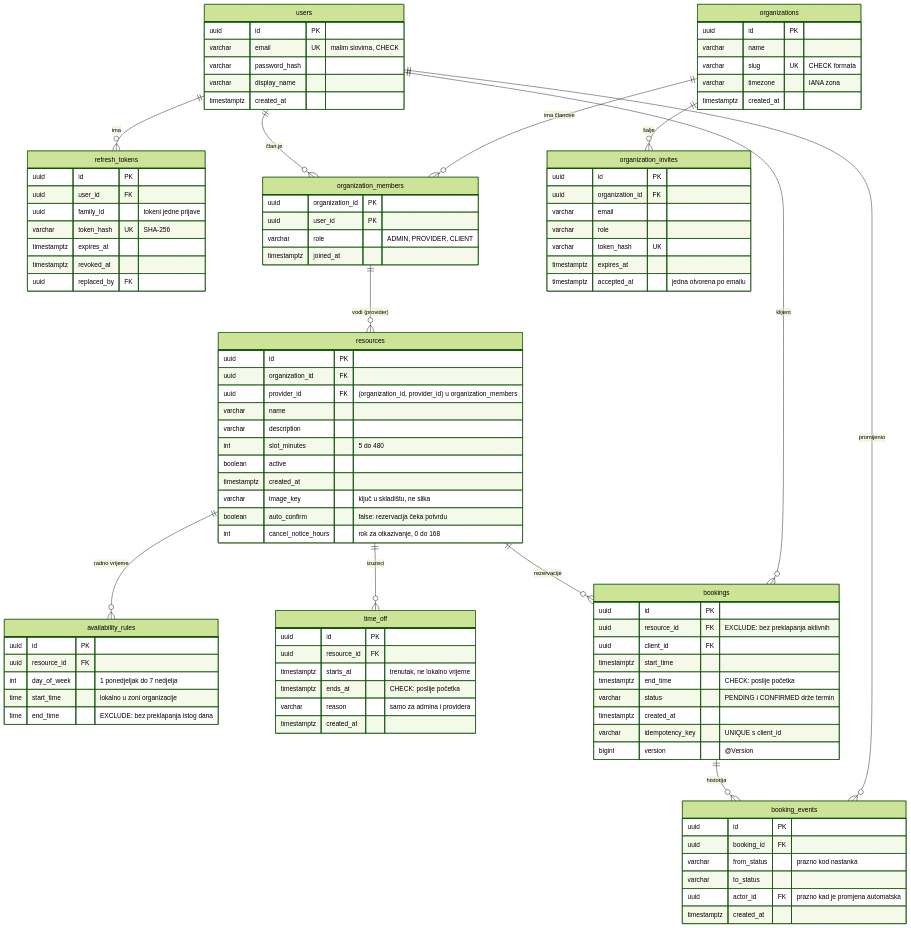
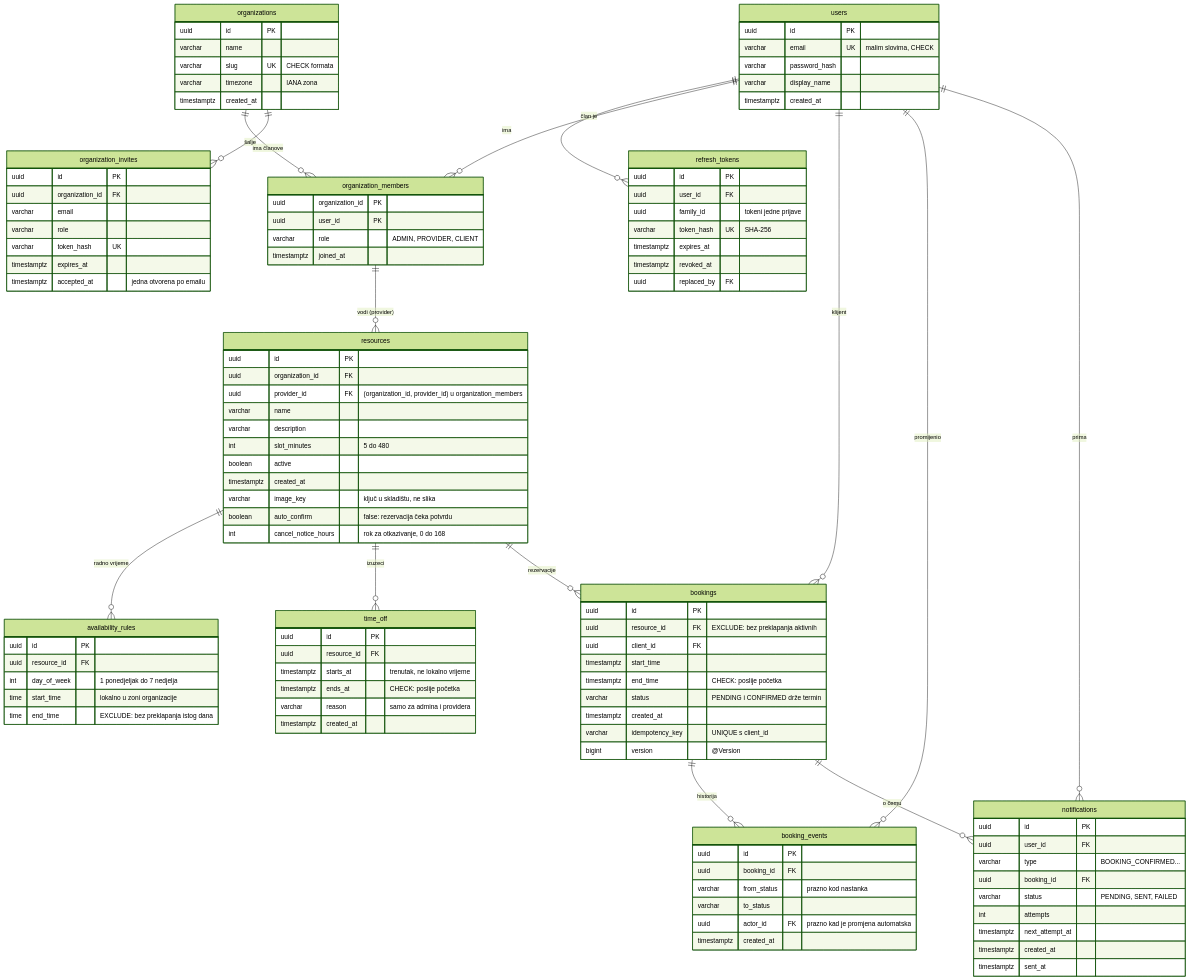
The third of 3 diagrams in docs/ARHITEKTURA.md (eminahbabovich/SlotBook), drawn with Mermaid (forest theme) before and after one commit. The commit also changed other lines of this file and 15 other files, not shown here.

```diff
--- a/docs/ARHITEKTURA.md
+++ b/docs/ARHITEKTURA.md
@@ -82,6 +82,8 @@
     users ||--o{ bookings : "klijent"
     bookings ||--o{ booking_events : "historija"
     users ||--o{ booking_events : "promijenio"
+    users ||--o{ notifications : "prima"
+    bookings ||--o{ notifications : "o čemu"
 
     users {
         uuid id PK
@@ -160,6 +162,17 @@
         varchar idempotency_key "UNIQUE s client_id"
         bigint version "@Version"
     }
+    notifications {
+        uuid id PK
+        uuid user_id FK
+        varchar type "BOOKING_CONFIRMED..."
+        uuid booking_id FK
+        varchar status "PENDING, SENT, FAILED"
+        int attempts
+        timestamptz next_attempt_at
+        timestamptz created_at
+        timestamptz sent_at
+    }
     booking_events {
         uuid id PK
         uuid booking_id FK
```
